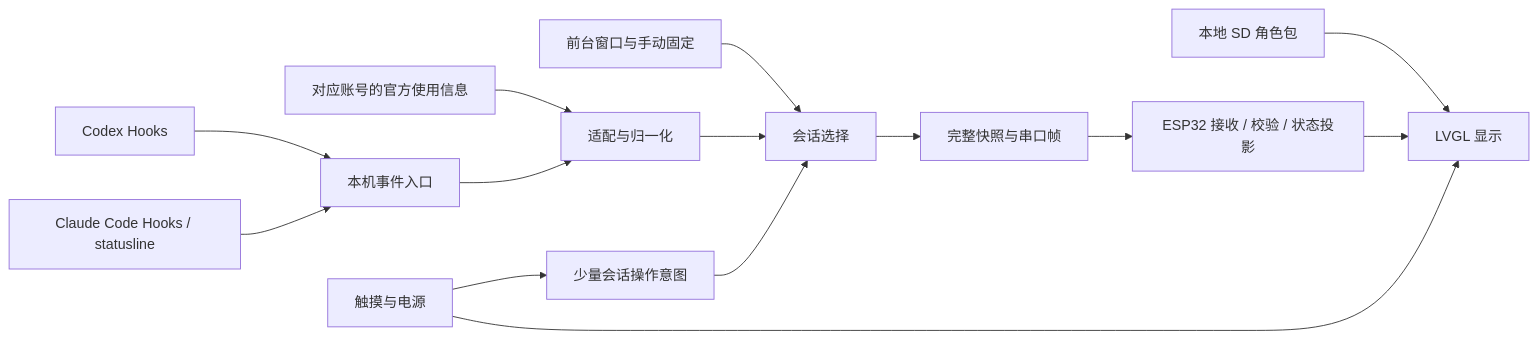
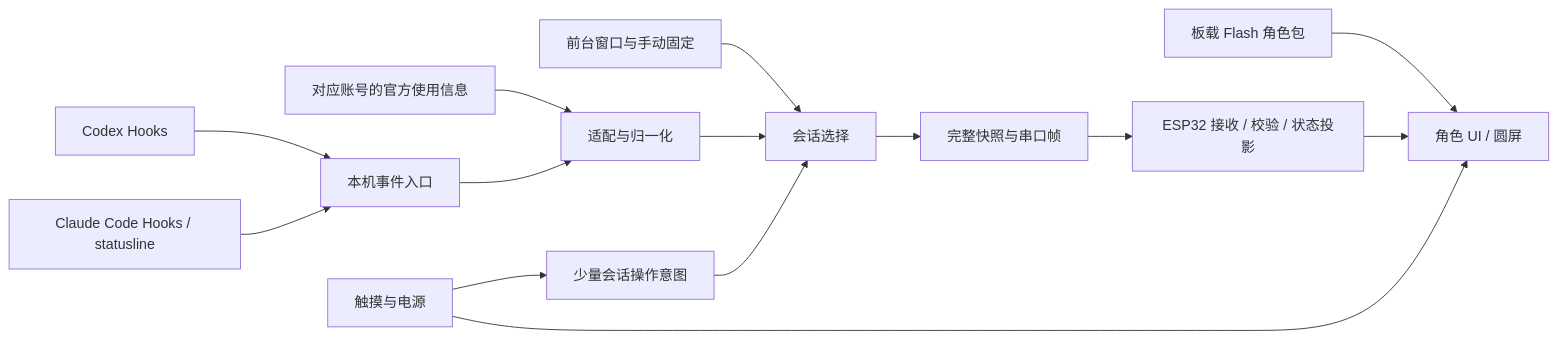
Before and after one commit to gargamelzhao0-del/esp32s3baji: the diagram in docs/01-system-and-data.md, drawn with Mermaid. The commit also changed 46 other files, not shown here.

````diff
--- a/docs/01-system-and-data.md
+++ b/docs/01-system-and-data.md
@@ -5,16 +5,16 @@
 ```mermaid
 flowchart LR
   A[Codex Hooks] --> H[本机事件入口]
   B[Claude Code Hooks / statusline] --> H
   Q[对应账号的官方使用信息] --> N[适配与归一化]
   H --> N
   F[前台窗口与手动固定] --> S[会话选择]
   N --> S
   S --> P[完整快照与串口帧]
   P --> E[ESP32 接收 / 校验 / 状态投影]
-  SD[本地 SD 角色包] --> U[LVGL 显示]
+  RES[板载 Flash 角色包] --> U[角色 UI / 圆屏]
   E --> U
   T[触摸与电源] --> U
   T --> I[少量会话操作意图]
   I --> S
 ```
````
